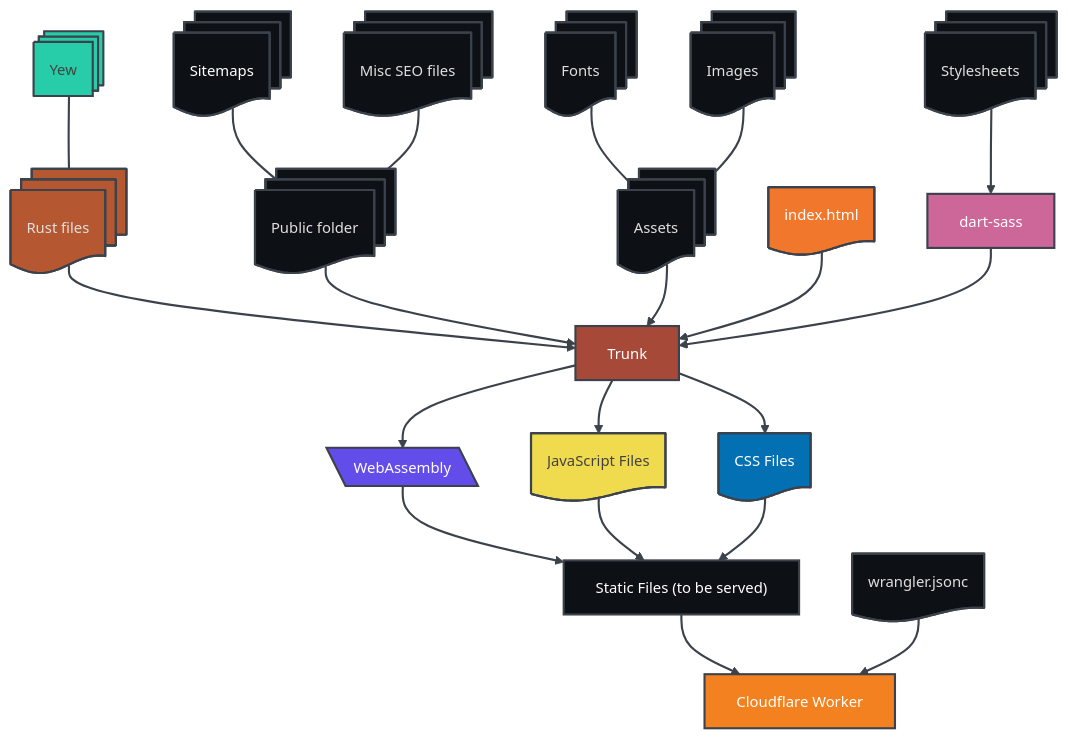
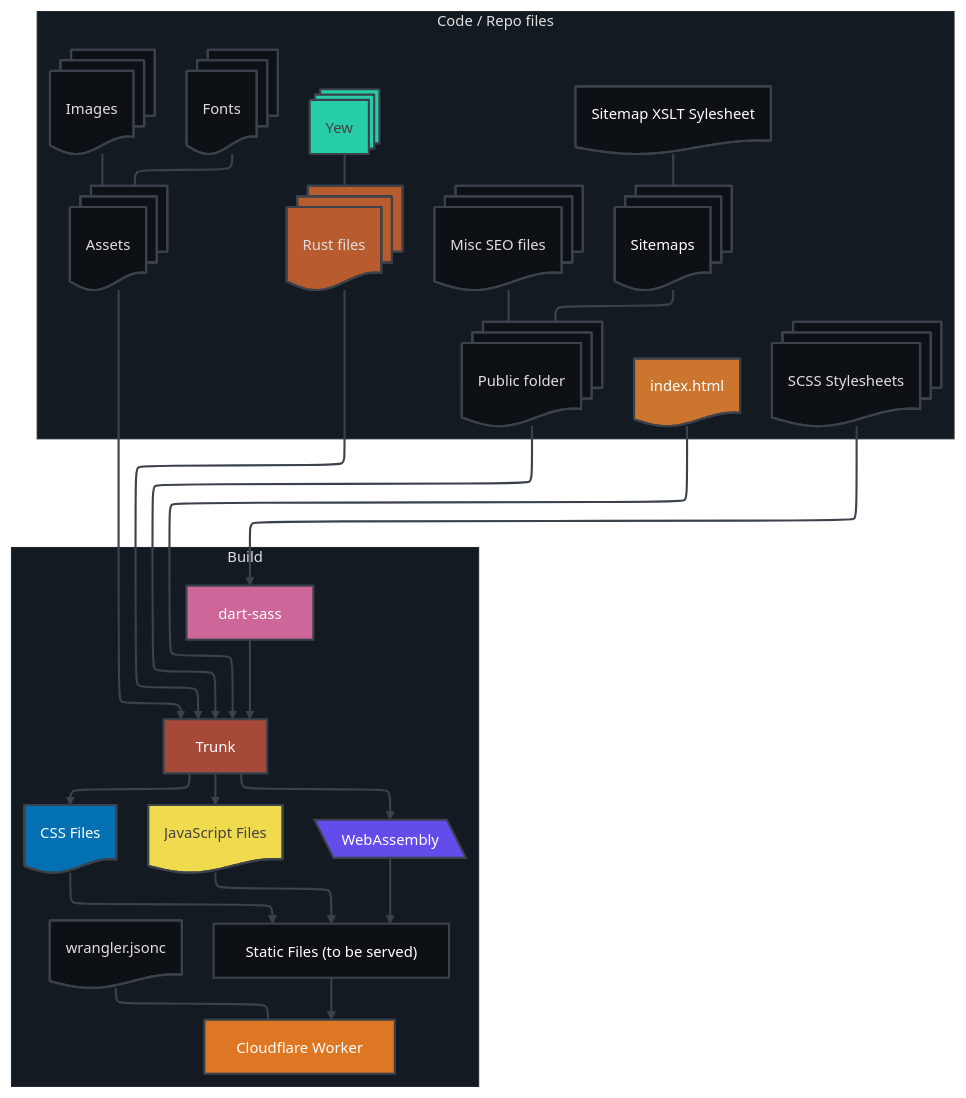
Before and after one commit to MysticalMike60t/rustismylife: the diagram in README.md, drawn with Mermaid.

````diff
--- a/README.md
+++ b/README.md
@@ -20,68 +20,97 @@
 config:
   flowchart:
     htmlLabels: false
-  layout: dagre
+  layout: elk
   theme: redux-dark
 ---
 flowchart TB
-    webassembly["WebAssembly"] --> n4["Static Files (to be served)"]
-    n6["Yew"] --- n11["Rust files"]
-    n11 --> n7["Trunk"]
-    n8["Public folder"] --> n7
-    n10["Assets"] --> n7
-    n5["index.html"] --> n7
-    n7 --> webassembly & n19["JavaScript Files"] & n20["CSS Files"]
-    n9["Stylesheets"] --> n14["dart-sass"]
+ subgraph s1["Build"]
+        webassembly["WebAssembly"]
+        n4["Static Files (to be served)"]
+        n7["Trunk"]
+        n19["JavaScript Files"]
+        n20["CSS Files"]
+        n17["Cloudflare Worker"]
+        n18["wrangler.jsonc"]
+        n14["dart-sass"]
+  end
+ subgraph s2["Code / Repo files"]
+        n6["Yew"]
+        n11["Rust files"]
+        n8["Public folder"]
+        n10["Assets"]
+        n5["index.html"]
+        n9["SCSS Stylesheets"]
+        n12["Fonts"]
+        n13["Images"]
+        n15["Sitemaps"]
+        n16["Misc SEO files"]
+        n21["Sitemap XSLT Sylesheet"]
+  end
+    webassembly --> n4
+    n6 --- n11
+    n11 --> n7
+    n8 --> n7
+    n10 --> n7
+    n5 --> n7
+    n7 --> webassembly & n19 & n20
+    n9 --> n14
     n14 --> n7
-    n12["Fonts"] --- n10
-    n13["Images"] --- n10
-    n15["Sitemaps"] --- n8
-    n16["Misc SEO files"] --- n8
-    n4 --> n17["Cloudflare Worker"]
-    n18["wrangler.jsonc"] --> n17
+    n12 --- n10
+    n13 --- n10
+    n15 --- n8
+    n16 --- n8
+    n4 --> n17
+    n18 --- n17
     n19 --> n4
     n20 --> n4
+    n21 --- n15
 
     webassembly@{ shape: lean-l}
+    n7@{ shape: proc}
+    n19@{ shape: doc}
+    n20@{ shape: doc}
+    n17@{ shape: proc}
+    n18@{ shape: doc}
     n6@{ shape: procs}
     n11@{ shape: docs}
-    n7@{ shape: proc}
     n8@{ shape: docs}
     n10@{ shape: docs}
     n5@{ shape: doc}
-    n19@{ shape: doc}
-    n20@{ shape: doc}
     n9@{ shape: docs}
-    n14@{ shape: proc}
     n12@{ shape: docs}
     n13@{ shape: docs}
     n15@{ shape: docs}
     n16@{ shape: docs}
-    n17@{ shape: proc}
-    n18@{ shape: doc}
+    n21@{ shape: doc}
+    n14@{ shape: proc}
      n19:::Basic
      n20:::Basic
      n15:::Basic
+     n21:::Basic
     classDef Aqua stroke-width:1px, stroke-dasharray:none, stroke:#3B424B, fill:#DEFFF8, color:#378E7A
-    classDef Basic stroke:#3B424B, fill:#0D1116, color:#FFFFFF
+    classDef Basic stroke:3B424B, fill:#0D1116, color:#FFFFFF
     style webassembly fill:#624DEA,stroke:#3B424B,color:#FFFFFF
     style n4 fill:#0D1116,stroke:#3B424B,color:#FFFFFF
+    style n7 stroke:#3B424B,fill:#A64938,color:#FFFFFF
+    style n19 fill:#F0DB4F,stroke:#3B424B,color:#424242
+    style n20 fill:#0270B2,stroke:#3B424B
+    style n17 fill:#DE7723,stroke:#3B424B,color:#FFFFFF
+    style n18 fill:#0D1116,stroke:#3B424B
     style n6 fill:#27CDA9,stroke:#3B424B,color:#424242
-    style n11 fill:#B55731,stroke:#3B424B
-    style n7 stroke:#3B424B,fill:#A64938,color:#FFFFFF
+    style n11 fill:#B85B2E,stroke:#3B424B
     style n8 fill:#0D1116,stroke:#3B424B
     style n10 stroke:#3B424B,fill:#0D1116
-    style n5 fill:#F0772B,stroke:#3B424B,color:#FFFFFF
-    style n19 fill:#F0DB4F,color:#424242
-    style n20 fill:#0270B2
+    style n5 fill:#CC752F,stroke:#3B424B,color:#FFFFFF
     style n9 stroke:#3B424B,fill:#0D1116
-    style n14 stroke:#3B424B,fill:#CD6799,color:#FFFFFF
     style n12 stroke:#3B424B,fill:#0D1116
     style n13 stroke:#3B424B,fill:#0D1116
     style n15 fill:#0D1116,stroke:#3B424B
     style n16 fill:#0D1116,stroke:#3B424B
-    style n17 fill:#F48120,stroke:#3B424B,color:#FFFFFF
-    style n18 fill:#0D1116,stroke:#3B424B
+    style n21 fill:#0D1116,stroke:#3B424B
+    style n14 stroke:#3B424B,fill:#CD6799,color:#FFFFFF
+    style s1 fill:#141A21,stroke:#24282E
+    style s2 fill:#141A21,stroke:#24282E
     linkStyle 0 stroke:#3B424B,fill:none
     linkStyle 1 stroke:#3B424B,fill:none
     linkStyle 2 stroke:#3B424B,fill:none
@@ -101,4 +130,5 @@
     linkStyle 16 stroke:#3B424B,fill:none
     linkStyle 17 stroke:#3B424B,fill:none
     linkStyle 18 stroke:#3B424B,fill:none
+    linkStyle 19 stroke:#3B424B,fill:none
 ```
````
